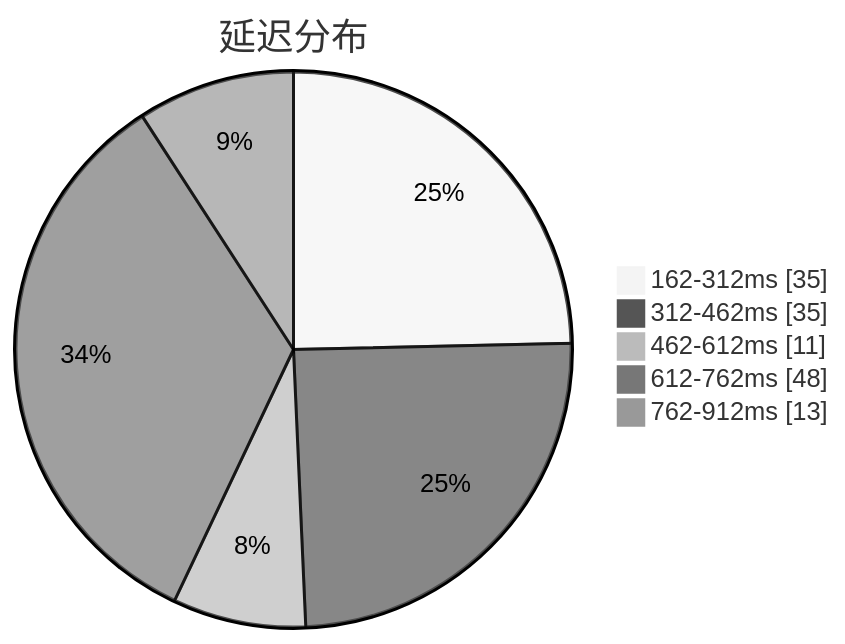
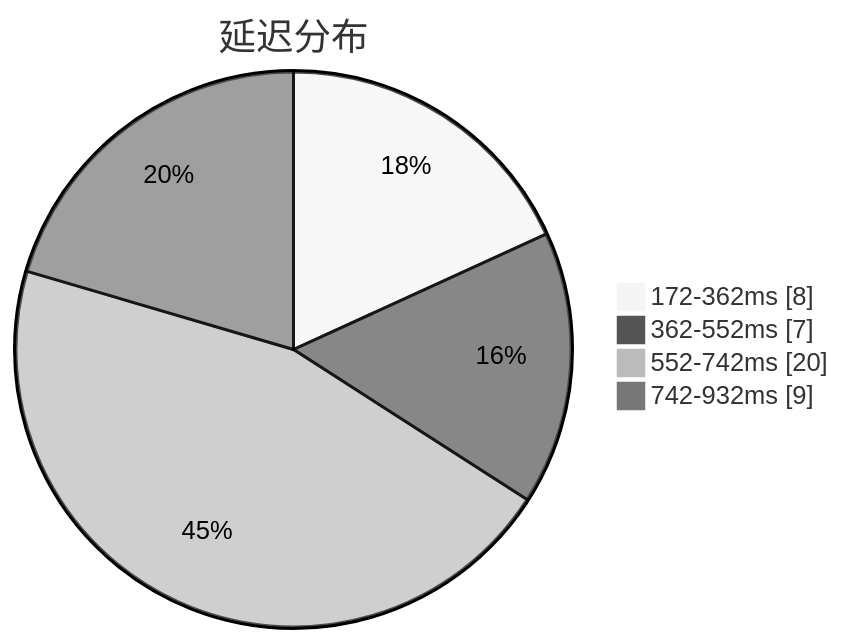
Before and after one commit to qjlxg/airport: the first of 3 diagrams in subs/statistics/tested_within.md, drawn with Mermaid (neutral theme). The commit also changed other lines of this file and 2 other files, not shown here.

````diff
--- a/subs/statistics/tested_within.md
+++ b/subs/statistics/tested_within.md
@@ -2,9 +2,8 @@
 ```mermaid
 pie showData
 title 延迟分布
-"162-312ms" : 35
-"312-462ms" : 35
-"462-612ms" : 11
-"612-762ms" : 48
-"762-912ms" : 13
+"172-362ms" : 8
+"362-552ms" : 7
+"552-742ms" : 20
+"742-932ms" : 9
 ```
````
